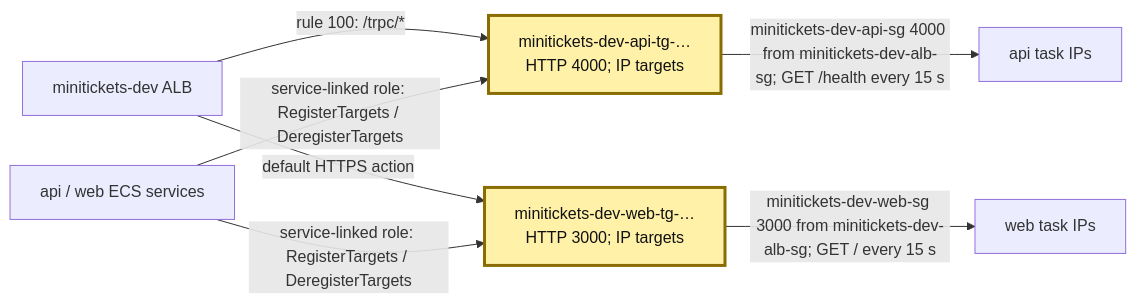
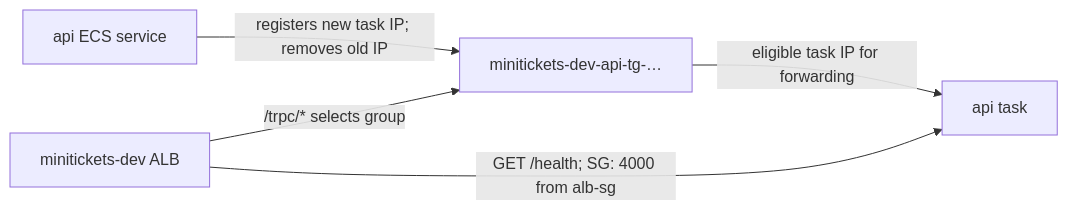
Before and after one commit to maheshnd/minitickets: the diagram in docs/handbook/concepts/target-groups.md, drawn with Mermaid. The commit also changed other lines of this file and 39 other files, not shown here.

````diff
--- a/docs/handbook/concepts/target-groups.md
+++ b/docs/handbook/concepts/target-groups.md
@@ -14,11 +18,7 @@
 ```mermaid
 flowchart LR
-    alb["minitickets-dev ALB"] -->|"rule 100: /trpc/*"| atg["minitickets-dev-api-tg-…<br/>HTTP 4000; IP targets"]
-    alb -->|"default HTTPS action"| wtg["minitickets-dev-web-tg-…<br/>HTTP 3000; IP targets"]
-    ecs["api / web ECS services"] -->|"service-linked role: RegisterTargets / DeregisterTargets"| atg
-    ecs -->|"service-linked role: RegisterTargets / DeregisterTargets"| wtg
-    atg -->|"minitickets-dev-api-sg 4000 from minitickets-dev-alb-sg; GET /health every 15 s"| api["api task IPs"]
-    wtg -->|"minitickets-dev-web-sg 3000 from minitickets-dev-alb-sg; GET / every 15 s"| web["web task IPs"]
-    classDef focus fill:#fff1a8,stroke:#8a6d00,stroke-width:3px,color:#111
-    class atg,wtg focus
+    ecs["api ECS service"] -->|"registers new task IP; removes old IP"| group["minitickets-dev-api-tg-…"]
+    alb["minitickets-dev ALB"] -->|"/trpc/* selects group"| group
+    alb -->|"GET /health; SG: 4000 from alb-sg"| task["api task"]
+    group -->|"eligible task IP for forwarding"| task
 ```
````
